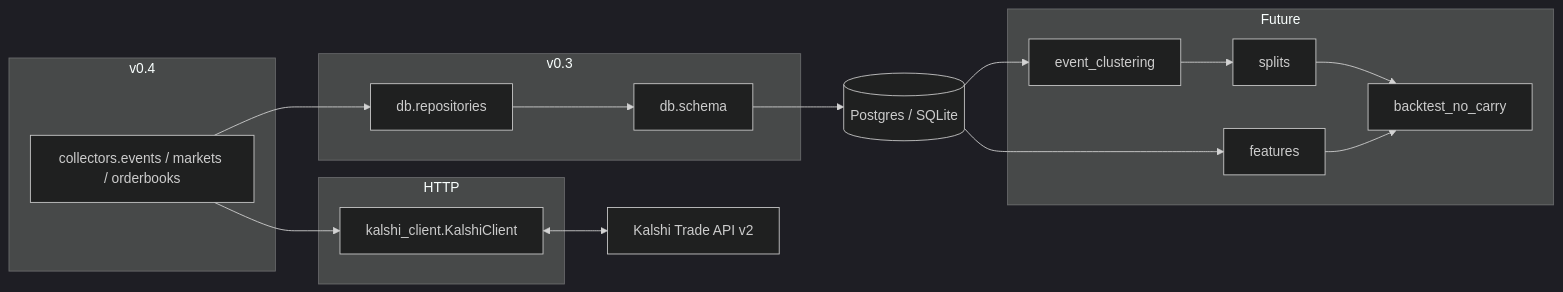
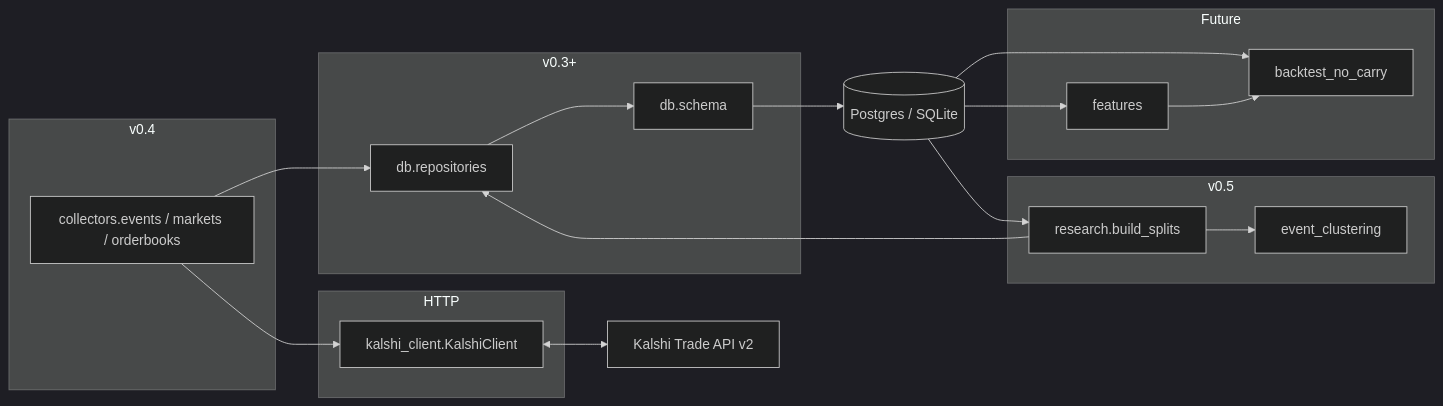
The diagram in docs/ARCHITECTURE.md (aryanbonigala/No-Contracts), drawn with Mermaid (dark theme) before and after one commit. The commit also changed other lines of this file and 16 other files, not shown here.

````diff
--- a/docs/ARCHITECTURE.md
+++ b/docs/ARCHITECTURE.md
@@ -11,31 +11,34 @@
 ```mermaid
 flowchart LR
   subgraph client [HTTP]
     KC[kalshi_client.KalshiClient]
   end
   subgraph ingest [v0.4]
     COL[collectors.events / markets / orderbooks]
   end
-  subgraph persistence [v0.3]
+  subgraph persistence [v0.3+]
     REP[db.repositories]
     SCH[db.schema]
+  end
+  subgraph splits [v0.5]
+    BC[research.build_splits]
+    CL[event_clustering]
   end
   API[Kalshi Trade API v2]
   KC <--> API
   COL --> KC
   COL --> REP
+  BC --> REP
+  BC --> CL
   REP --> SCH
   DB[(Postgres / SQLite)]
   SCH --> DB
-  subgraph research [Future]
-    CL[event_clustering]
-    SP[splits]
+  subgraph research_future [Future]
     FE[features]
     BT[backtest_no_carry]
   end
-  DB --> CL
-  CL --> SP
+  DB --> BC
   DB --> FE
-  SP --> BT
+  DB --> BT
   FE --> BT
 ```
````
